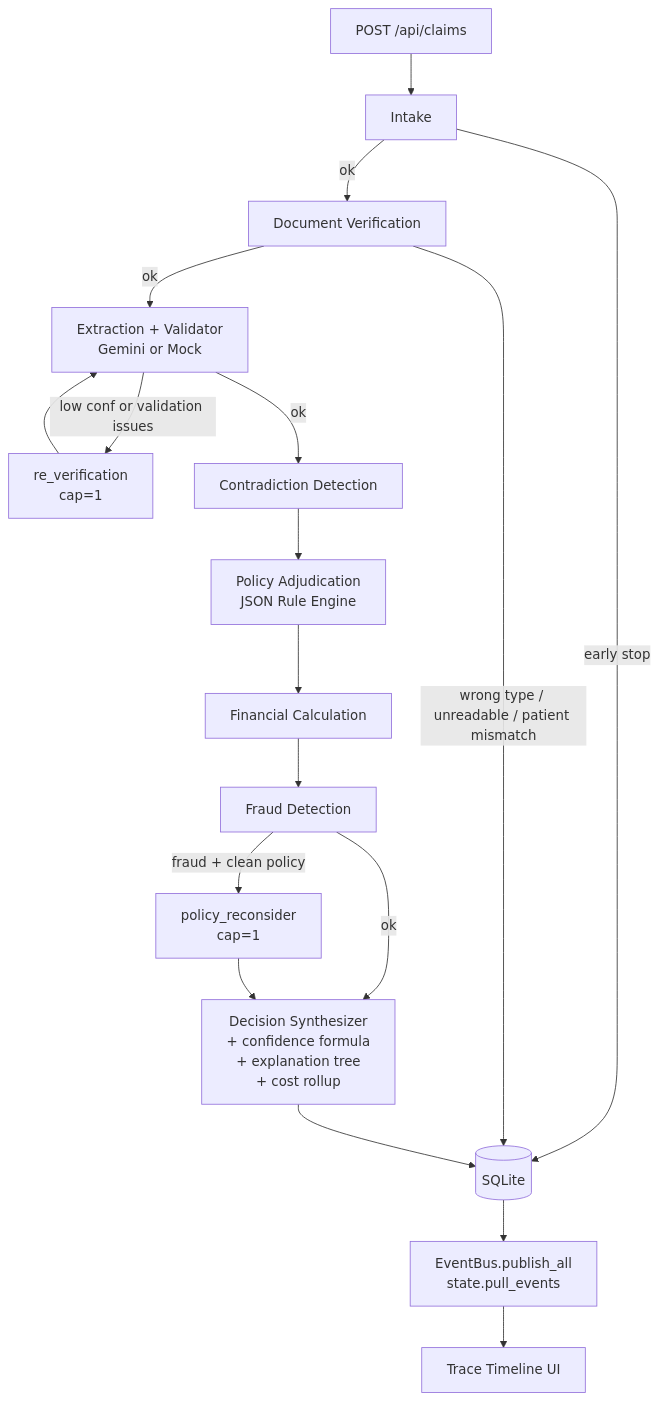
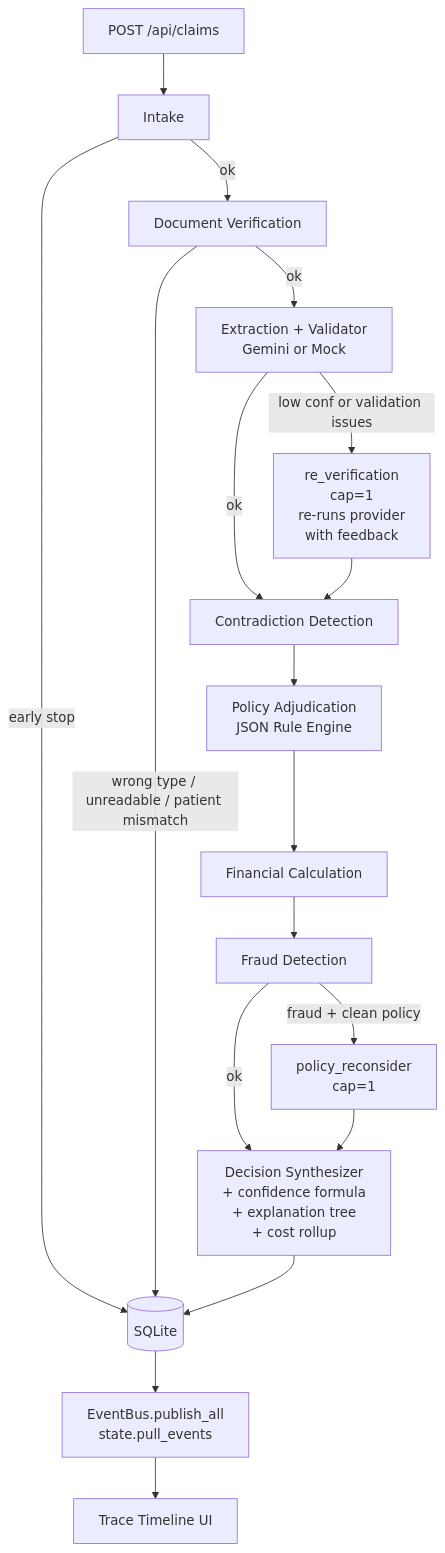
The diagram in docs/ARCHITECTURE.md (am-govind/plum-claims-pipeline), drawn with Mermaid before and after one commit. The commit also changed other lines of this file and 4 other files, not shown here.

First line of the commit message:
docs: rewrite flow.html as full architecture page, refresh all documentation

````diff
--- a/docs/ARCHITECTURE.md
+++ b/docs/ARCHITECTURE.md
@@ -60,20 +60,20 @@
 ```mermaid
 flowchart TD
     Submit[POST /api/claims] --> Intake[Intake]
     Intake -->|early stop| Persist[(SQLite)]
     Intake -->|ok| Verify[Document Verification]
     Verify -->|wrong type / unreadable / patient mismatch| Persist
     Verify -->|ok| Extract[Extraction + Validator<br/>Gemini or Mock]
-    Extract -->|low conf or validation issues| ReVerify[re_verification<br/>cap=1]
+    Extract -->|low conf or validation issues| ReVerify[re_verification<br/>cap=1<br/>re-runs provider<br/>with feedback]
     Extract -->|ok| Contradict[Contradiction Detection]
-    ReVerify --> Extract
+    ReVerify --> Contradict
     Contradict --> Policy[Policy Adjudication<br/>JSON Rule Engine]
     Policy --> Finance[Financial Calculation]
     Finance --> Fraud[Fraud Detection]
     Fraud -->|fraud + clean policy| Reconsider[policy_reconsider<br/>cap=1]
     Fraud -->|ok| Decide[Decision Synthesizer<br/>+ confidence formula<br/>+ explanation tree<br/>+ cost rollup]
     Reconsider --> Decide
     Decide --> Persist
     Persist --> Publish[EventBus.publish_all<br/>state.pull_events]
     Publish --> UI[Trace Timeline UI]
 ```
````
